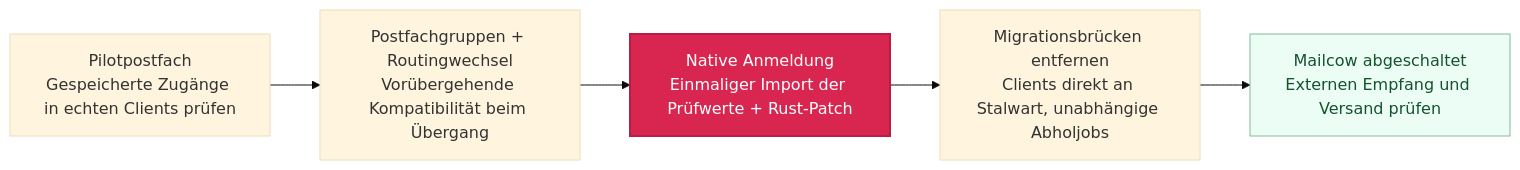
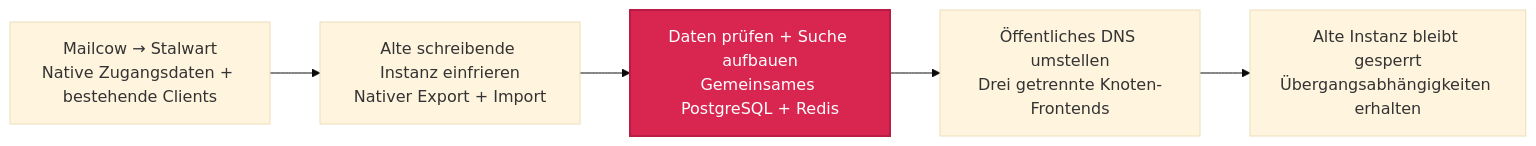
One commit to Paul1404/astro-portfolio changed the diagram in docs/diagrams/pdcd-mail/de-migration.mmd. Above: the diagram before and after it, drawn with Mermaid (base theme). The commit also changed 20 other files, not shown here.

Commit message:
Document the Stalwart migration and shared mail architecture on Vertex

```diff
--- a/docs/diagrams/pdcd-mail/de-migration.mmd
+++ b/docs/diagrams/pdcd-mail/de-migration.mmd
@@ -1,13 +1,12 @@
 flowchart LR
-  accTitle: Migration von Mailcow zu nativem Stalwart
-  accDescr: Ein Pilot prüfte echte Mailclients vor den Postfachgruppen und dem Routingwechsel. Passwortprüfwerte wurden für die native Anmeldung importiert. Temporäre Brücken wurden entfernt und der Mailfluss bei abgeschaltetem Mailcow geprüft.
-  Pilot["Pilotpostfach<br/>Gespeicherte Zugänge in echten Clients prüfen"] --> Batches
-  Batches["Postfachgruppen + Routingwechsel<br/>Vorübergehende Kompatibilität beim Übergang"] --> Native
-  Native["Native Anmeldung<br/>Einmaliger Import der Prüfwerte + Rust-Patch"]:::core --> Retire
-  Retire["Migrationsbrücken entfernen<br/>Clients direkt an Stalwart, unabhängige Abholjobs"] --> Proven
-  Proven["Mailcow abgeschaltet<br/>Externen Empfang und Versand prüfen"]:::good
+  accTitle: Von Mailcow über Stalwart nach Vertex
+  accDescr: Die erste Mailcow-Migration erhielt native Zugangsdaten. Für Vertex wurde die Quelle eingefroren, der native Bestand importiert und geprüft, die Suche neu aufgebaut und öffentliches DNS umgestellt. Der alte Host bleibt für Übergangsabhängigkeiten erhalten.
+  A["Mailcow → Stalwart<br/>Native Zugangsdaten + bestehende Clients"] --> B["Alte schreibende Instanz einfrieren<br/>Nativer Export + Import"]
+  B --> C["Daten prüfen + Suche aufbauen<br/>Gemeinsames PostgreSQL + Redis"]:::core
+  C --> D["Öffentliches DNS umstellen<br/>Drei getrennte Knoten-Frontends"]
+  D --> E["Alte Instanz bleibt gesperrt<br/>Übergangsabhängigkeiten erhalten"]
 
   classDef core fill:#d92650,color:#ffffff,stroke:#b91c45,stroke-width:2px
   classDef store fill:#eff6ff,color:#1e3a5f,stroke:#93b4d5
   classDef good fill:#ecfdf5,color:#14532d,stroke:#86b99e
   classDef warning fill:#fff1f2,color:#9f1239,stroke:#e8a3b4
```
